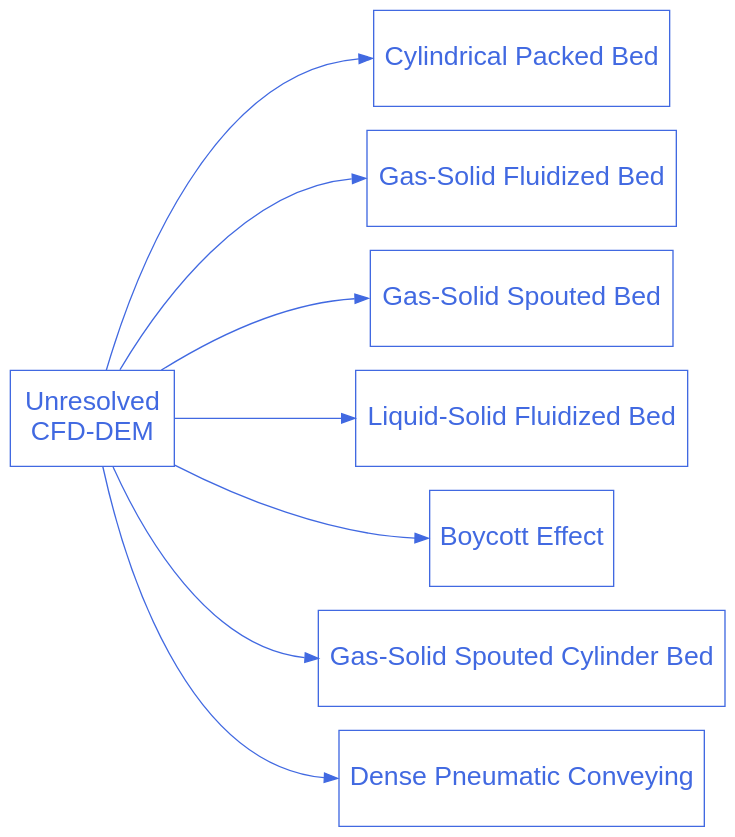
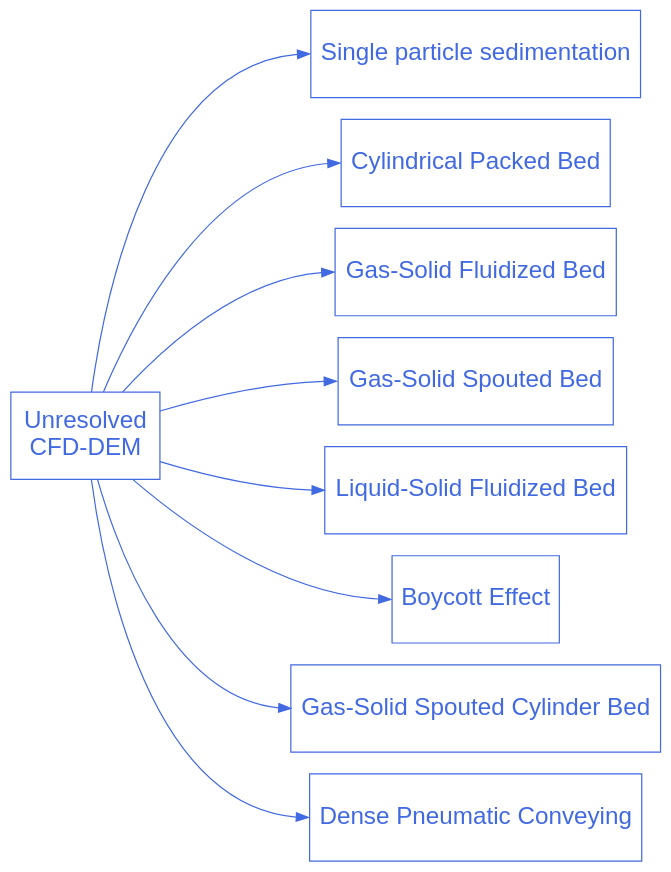
Before and after one commit to chaos-polymtl/lethe: the diagram in doc/source/examples/unresolved-cfd-dem/unresolved-cfd-dem.rst, drawn with Graphviz. The commit also changed other lines of this file and 2 other files, not shown here.

Commit message:
Add documentation files

```diff
--- a/doc/source/examples/unresolved-cfd-dem/unresolved-cfd-dem.rst
+++ b/doc/source/examples/unresolved-cfd-dem/unresolved-cfd-dem.rst
@@ -20,33 +21,36 @@
 .. graphviz:: 
 
     digraph unresolved_cfd_dem_diagram {
       graph [bgcolor="transparent", align=true, ranksep=1.5];
       node [fontname=Arial, fontsize=20, shape=box, fontcolor=royalblue, color=royalblue, height=1];
       edge [color=royalblue];
       rankdir="LR";
       size = "9,9";
 
       unresolved_cfd_dem [label="Unresolved \nCFD-DEM", href="https://chaos-polymtl.github.io/lethe/documentation/examples/unresolved-cfd-dem/unresolved-cfd-dem.html"];
 
-      cfd_dem_1 [label="Cylindrical Packed Bed", href="https://chaos-polymtl.github.io/lethe/documentation/examples/unresolved-cfd-dem/cylindrical-packed-bed/cylindrical-packed-bed.html"];
+      cfd_dem_1 [label="Single particle sedimentation", href="https://chaos-polymtl.github.io/lethe/documentation/examples/unresolved-cfd-dem/single-particle-sedimentation/single-particle-sedimentation.html"];
 
-      cfd_dem_2 [label="Gas-Solid Fluidized Bed", href="https://chaos-polymtl.github.io/lethe/documentation/examples/unresolved-cfd-dem/gas-solid-fluidized-bed/gas-solid-fluidized-bed.html"];
+      cfd_dem_2 [label="Cylindrical Packed Bed", href="https://chaos-polymtl.github.io/lethe/documentation/examples/unresolved-cfd-dem/cylindrical-packed-bed/cylindrical-packed-bed.html"];
 
-      cfd_dem_3 [label="Gas-Solid Spouted Bed", href="https://chaos-polymtl.github.io/lethe/documentation/examples/unresolved-cfd-dem/gas-solid-spouted-bed/gas-solid-spouted-bed.html"];
+      cfd_dem_3 [label="Gas-Solid Fluidized Bed", href="https://chaos-polymtl.github.io/lethe/documentation/examples/unresolved-cfd-dem/gas-solid-fluidized-bed/gas-solid-fluidized-bed.html"];
 
-      cfd_dem_4 [label="Liquid-Solid Fluidized Bed", href="https://chaos-polymtl.github.io/lethe/documentation/examples/unresolved-cfd-dem/liquid-solid-fluidized-bed/liquid-solid-fluidized-bed.html"];
+      cfd_dem_4 [label="Gas-Solid Spouted Bed", href="https://chaos-polymtl.github.io/lethe/documentation/examples/unresolved-cfd-dem/gas-solid-spouted-bed/gas-solid-spouted-bed.html"];
 
-      cfd_dem_5 [label="Boycott Effect", href="https://chaos-polymtl.github.io/lethe/documentation/examples/unresolved-cfd-dem/boycott-effect/boycott-effect.html"];
+      cfd_dem_5 [label="Liquid-Solid Fluidized Bed", href="https://chaos-polymtl.github.io/lethe/documentation/examples/unresolved-cfd-dem/liquid-solid-fluidized-bed/liquid-solid-fluidized-bed.html"];
 
-      cfd_dem_6 [label="Gas-Solid Spouted Cylinder Bed", href="https://chaos-polymtl.github.io/lethe/documentation/examples/unresolved-cfd-dem/gas-solid-spouted-cylinder-bed/gas-solid-spouted-cylinder-bed.html"];
+      cfd_dem_6 [label="Boycott Effect", href="https://chaos-polymtl.github.io/lethe/documentation/examples/unresolved-cfd-dem/boycott-effect/boycott-effect.html"];
 
-      cfd_dem_7 [label="Dense Pneumatic Conveying", href="https://chaos-polymtl.github.io/lethe/documentation/examples/unresolved-cfd-dem/dense-pneumatic-conveying/dense-pneumatic-conveying.html"];
+      cfd_dem_7 [label="Gas-Solid Spouted Cylinder Bed", href="https://chaos-polymtl.github.io/lethe/documentation/examples/unresolved-cfd-dem/gas-solid-spouted-cylinder-bed/gas-solid-spouted-cylinder-bed.html"];
+
+      cfd_dem_8 [label="Dense Pneumatic Conveying", href="https://chaos-polymtl.github.io/lethe/documentation/examples/unresolved-cfd-dem/dense-pneumatic-conveying/dense-pneumatic-conveying.html"];
 
       unresolved_cfd_dem -> cfd_dem_1:w;
       unresolved_cfd_dem -> cfd_dem_2:w;
       unresolved_cfd_dem -> cfd_dem_3:w;
       unresolved_cfd_dem -> cfd_dem_4:w;
       unresolved_cfd_dem -> cfd_dem_5:w;
       unresolved_cfd_dem -> cfd_dem_6:w;
       unresolved_cfd_dem -> cfd_dem_7:w;
+      unresolved_cfd_dem -> cfd_dem_8:w;
     }
```
